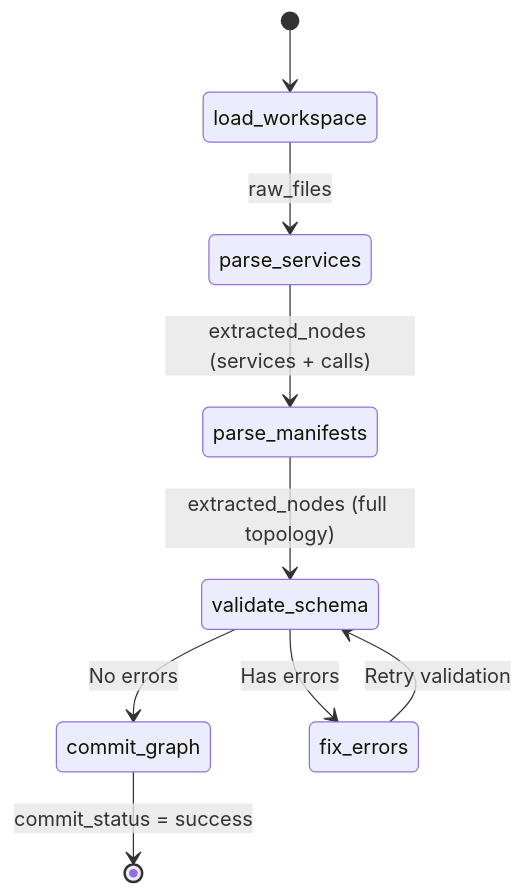
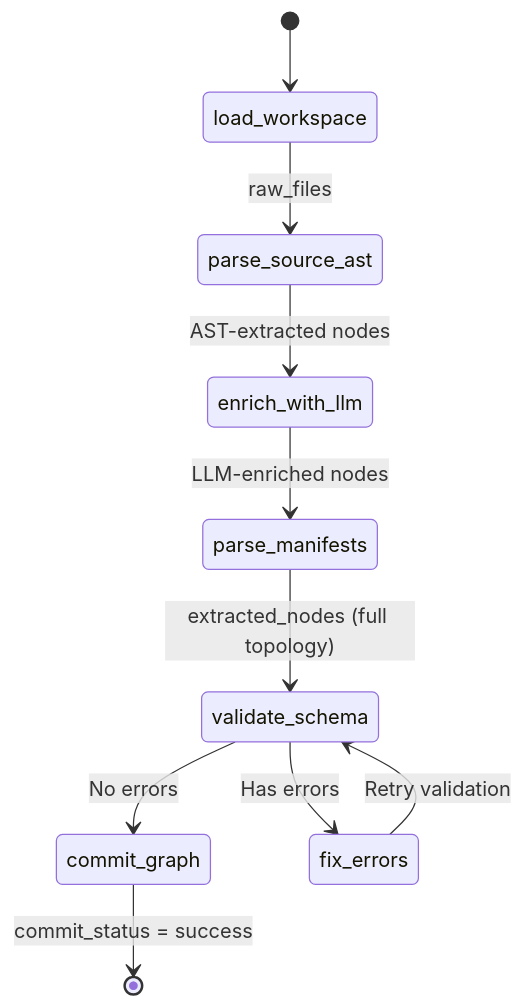
The fourth of 4 diagrams in docs/architecture/01_SYSTEM_DESIGN.md (jdiitm/graphrag-architect), drawn with Mermaid before and after one commit. The commit also changed other lines of this file and 2 other files, not shown here.

````diff
--- a/docs/architecture/01_SYSTEM_DESIGN.md
+++ b/docs/architecture/01_SYSTEM_DESIGN.md
@@ -380,15 +400,16 @@
 ```mermaid
 stateDiagram-v2
     [*] --> load_workspace
-    load_workspace --> parse_services: raw_files
-    parse_services --> parse_manifests: extracted_nodes (services + calls)
+    load_workspace --> parse_source_ast: raw_files
+    parse_source_ast --> enrich_with_llm: AST-extracted nodes
+    enrich_with_llm --> parse_manifests: LLM-enriched nodes
     parse_manifests --> validate_schema: extracted_nodes (full topology)
 
     state validate_schema <<choice>>
     validate_schema --> commit_graph: No errors
     validate_schema --> fix_errors: Has errors
 
     fix_errors --> validate_schema: Retry validation
 
     commit_graph --> [*]: commit_status = success
 ```
````
